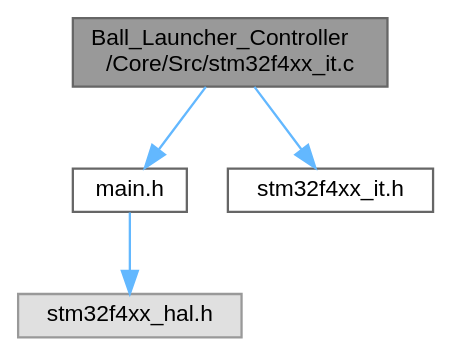
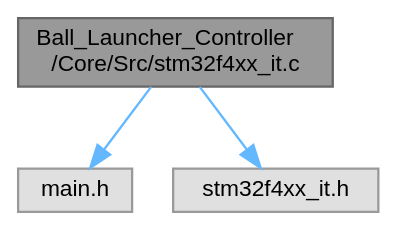
The diagram in docs/stm32f4xx__it_8c__incl.dot (vvinhvvo98/Basketball-Launcher), drawn with Graphviz before and after one commit. The commit also changed 119 other files, not shown here.

```diff
--- a/docs/stm32f4xx__it_8c__incl.dot
+++ b/docs/stm32f4xx__it_8c__incl.dot
@@ -1,14 +1,12 @@
 digraph "Ball_Launcher_Controller/Core/Src/stm32f4xx_it.c"
 {
  // LATEX_PDF_SIZE
   bgcolor="transparent";
   edge [fontname=Helvetica,fontsize=10,labelfontname=Helvetica,labelfontsize=10];
   node [fontname=Helvetica,fontsize=10,shape=box,height=0.2,width=0.4];
   Node1 [id="Node000001",label="Ball_Launcher_Controller\l/Core/Src/stm32f4xx_it.c",height=0.2,width=0.4,color="gray40", fillcolor="grey60", style="filled", fontcolor="black",tooltip="Interrupt Service Routines."];
   Node1 -> Node2 [id="edge1_Node000001_Node000002",color="steelblue1",style="solid",tooltip=" "];
-  Node2 [id="Node000002",label="main.h",height=0.2,width=0.4,color="grey40", fillcolor="white", style="filled",URL="$main_8h.html",tooltip="Header for main.c file. This file contains the common defines of the application."];
-  Node2 -> Node3 [id="edge2_Node000002_Node000003",color="steelblue1",style="solid",tooltip=" "];
-  Node3 [id="Node000003",label="stm32f4xx_hal.h",height=0.2,width=0.4,color="grey60", fillcolor="#E0E0E0", style="filled",tooltip=" "];
-  Node1 -> Node4 [id="edge3_Node000001_Node000004",color="steelblue1",style="solid",tooltip=" "];
-  Node4 [id="Node000004",label="stm32f4xx_it.h",height=0.2,width=0.4,color="grey40", fillcolor="white", style="filled",URL="$stm32f4xx__it_8h.html",tooltip="This file contains the headers of the interrupt handlers."];
+  Node2 [id="Node000002",label="main.h",height=0.2,width=0.4,color="grey60", fillcolor="#E0E0E0", style="filled",tooltip=" "];
+  Node1 -> Node3 [id="edge2_Node000001_Node000003",color="steelblue1",style="solid",tooltip=" "];
+  Node3 [id="Node000003",label="stm32f4xx_it.h",height=0.2,width=0.4,color="grey60", fillcolor="#E0E0E0", style="filled",tooltip=" "];
 }
```
